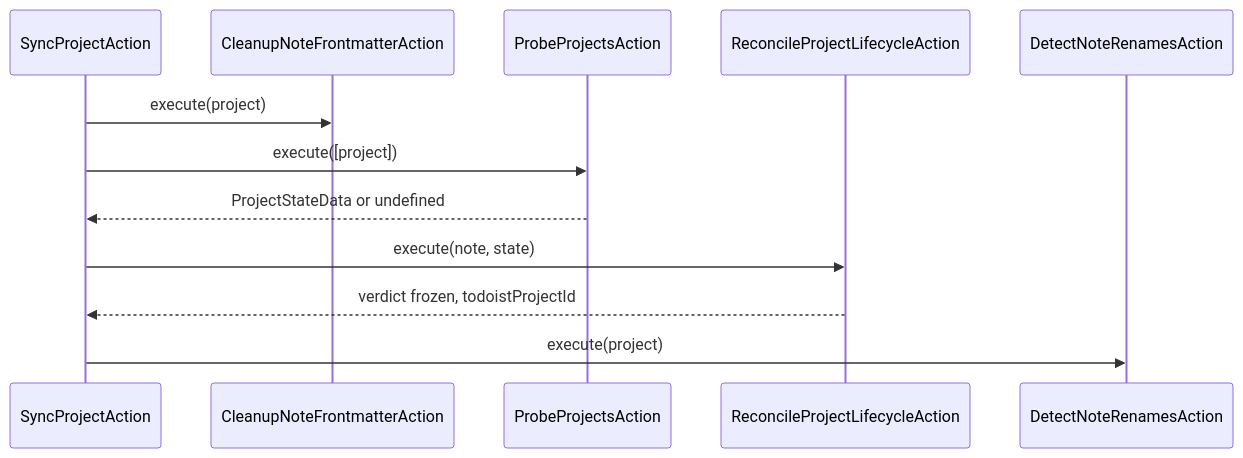
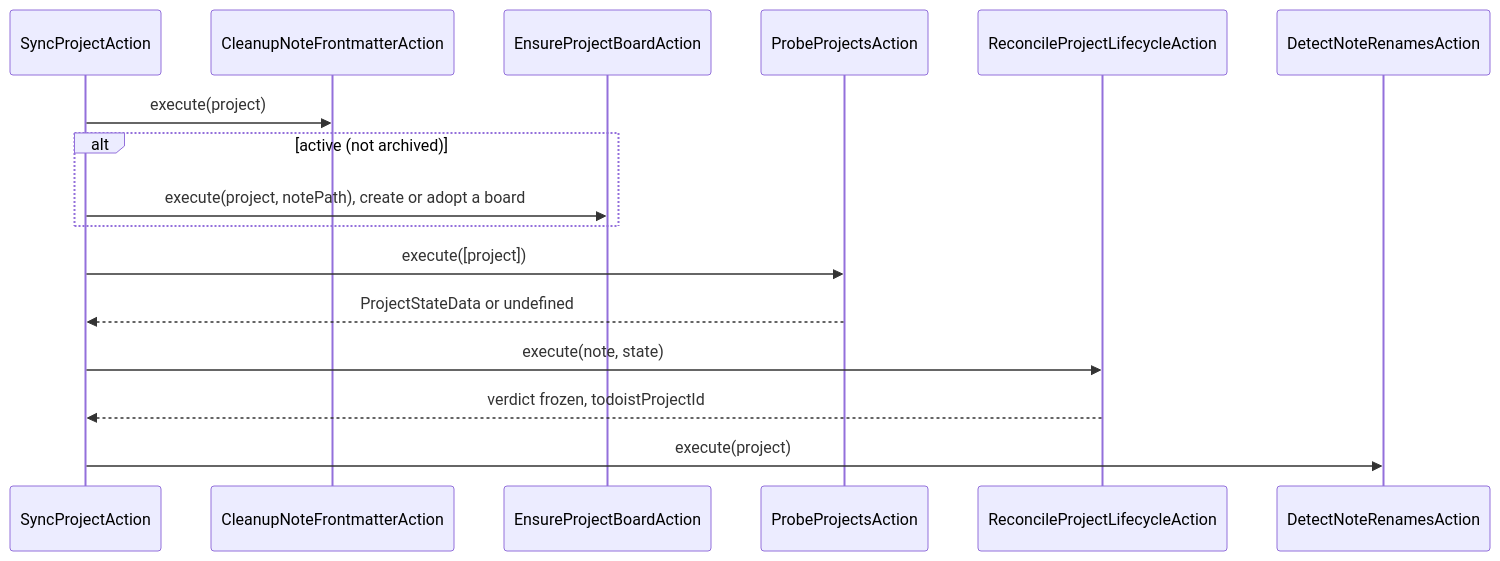
The second of 25 diagrams in docs/developer-manual.md (99linesofcode/obsidian-project-management), drawn with Mermaid before and after one commit. The commit also changed other lines of this file and 32 other files, not shown here.

````diff
--- a/docs/developer-manual.md
+++ b/docs/developer-manual.md
@@ -147,15 +184,19 @@
 ```mermaid
 sequenceDiagram
   participant SP as SyncProjectAction
   participant Clean as CleanupNoteFrontmatterAction
+  participant Ens as EnsureProjectBoardAction
   participant Probe as ProbeProjectsAction
   participant Life as ReconcileProjectLifecycleAction
   participant Ren as DetectNoteRenamesAction
 
   SP->>Clean: execute(project)
+  alt active (not archived)
+    SP->>Ens: execute(project, notePath), create or adopt a board
+  end
   SP->>Probe: execute([project])
   Probe-->>SP: ProjectStateData or undefined
   SP->>Life: execute(note, state)
   Life-->>SP: verdict frozen, todoistProjectId
   SP->>Ren: execute(project)
 ```
````
